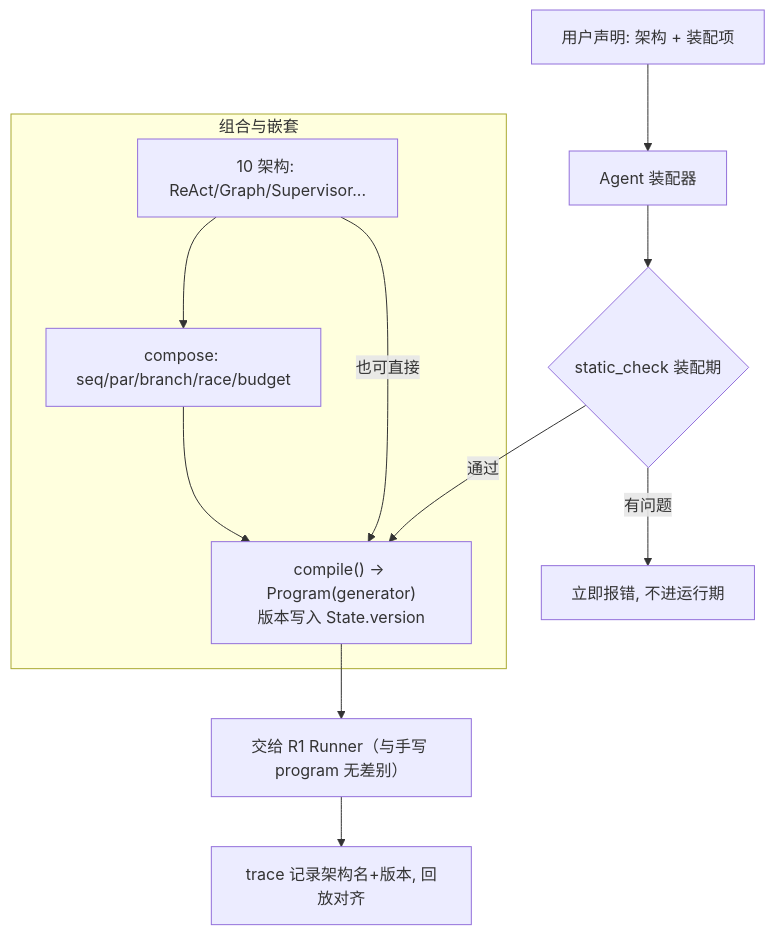
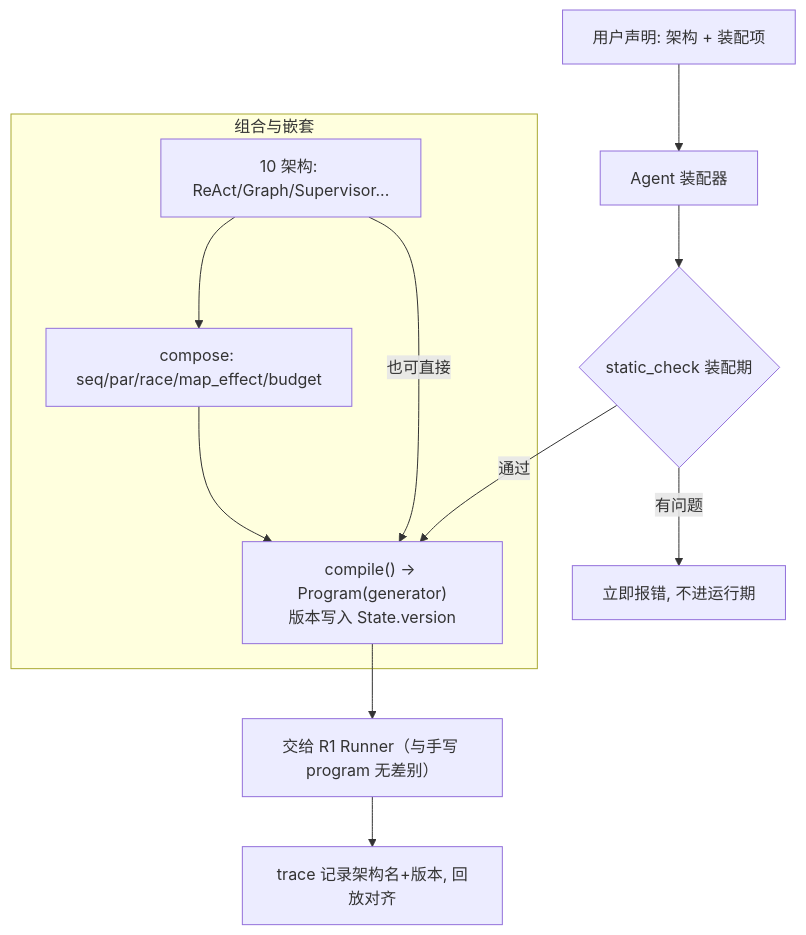
Before and after one commit to sao-lang/lll: the first of 11 diagrams in docs/02-模块详设/Agent/R12-内置架构与组合.md, drawn with Mermaid. The commit also changed other lines of this file and 143 other files, not shown here.

````diff
--- a/docs/02-模块详设/Agent/R12-内置架构与组合.md
+++ b/docs/02-模块详设/Agent/R12-内置架构与组合.md
@@ -36,14 +36,14 @@
 ```mermaid
 flowchart TD
     U["用户声明: 架构 + 装配项"] --> B["Agent 装配器"]
     B --> SC{"static_check 装配期"}
     SC -->|有问题| E["立即报错, 不进运行期"]
     SC -->|通过| C["compile() → Program(generator)<br/>版本写入 State.version"]
     C --> R["交给 R1 Runner（与手写 program 无差别）"]
     R --> T["trace 记录架构名+版本, 回放对齐"]
     subgraph N["组合与嵌套"]
-        OP["compose: seq/par/branch/race/budget"] --> C
+        OP["compose: seq/par/race/map_effect/budget"] --> C
         A["10 架构: ReAct/Graph/Supervisor..."] --> OP
         A -->|也可直接| C
     end
 ```
````
